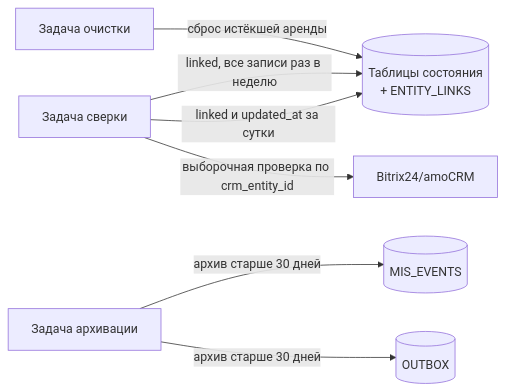
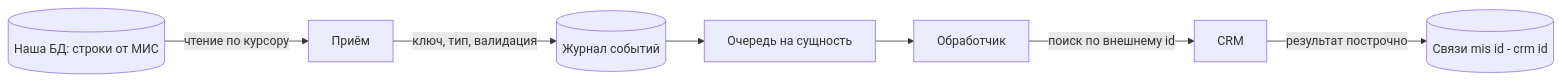
One commit to decilya/mis-crm-integration-test changed the diagram in README.md. Above: the diagram before and after it, drawn with Mermaid. The commit also changed other lines of this file, not shown here.

````diff
--- a/README.md
+++ b/README.md
@@ -355,9 +52,9 @@
 ```mermaid
 flowchart LR
-    REC[Задача сверки] -->|linked и updated_at за сутки| ST[(Таблицы состояния<br/>+ ENTITY_LINKS)]
-    REC -->|linked, все записи раз в неделю| ST
-    REC -->|выборочная проверка по crm_entity_id| CRM[Bitrix24/amoCRM]
-    CLEAN[Задача очистки] -->|сброс истёкшей аренды| ST
-    ARCH[Задача архивации] -->|архив старше 30 дней| EV[(MIS_EVENTS)]
-    ARCH -->|архив старше 30 дней| OB[(OUTBOX)]
+    DB[(Наша БД: строки от МИС)] -->|чтение по курсору| Приём
+    Приём -->|ключ, тип, валидация| Журнал[(Журнал событий)]
+    Журнал --> Очередь[Очередь на сущность]
+    Очередь --> Обработчик
+    Обработчик -->|поиск по внешнему id| CRM[CRM]
+    CRM -->|результат построчно| Связи[(Связи mis id - crm id)]
 ```
````
